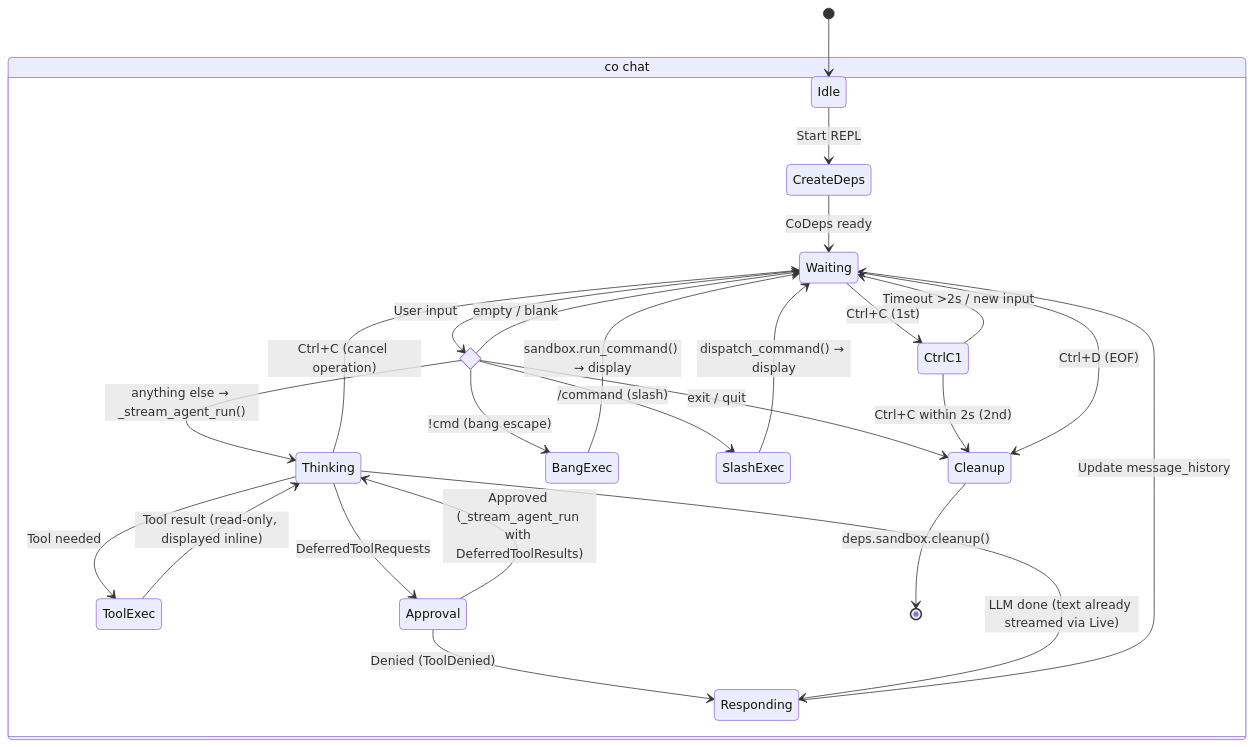
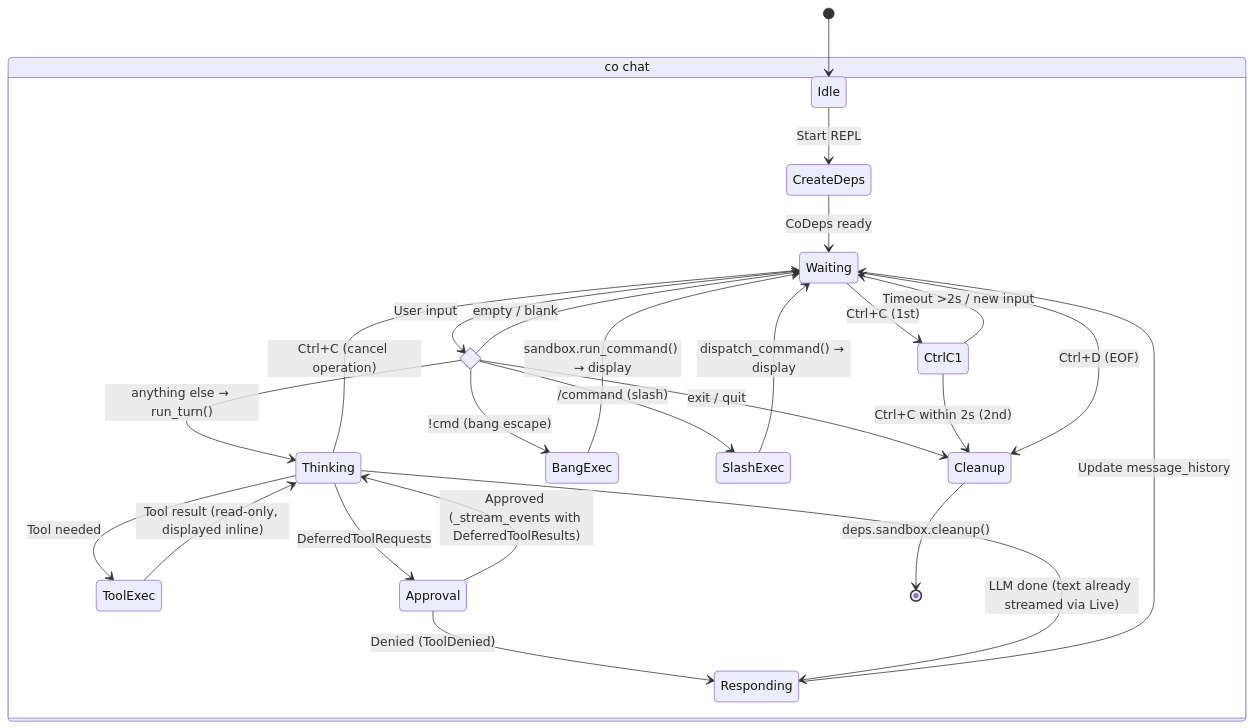
Before and after one commit to binlecode/co-cli: the first of 3 diagrams in docs/DESIGN-02-chat-loop.md, drawn with Mermaid. The commit also changed other lines of this file and 25 other files, not shown here.

First line of the commit message:
Agent tool-call + recursive flow hardening (Phase C+D)

````diff
--- a/docs/DESIGN-02-chat-loop.md
+++ b/docs/DESIGN-02-chat-loop.md
@@ -13,36 +13,36 @@
 ```mermaid
 stateDiagram-v2
     [*] --> Idle
 
     state "co chat" as Chat {
         Idle --> CreateDeps: Start REPL
         CreateDeps --> Waiting: CoDeps ready
 
         state Dispatch <<choice>>
         Waiting --> Dispatch: User input
 
         Dispatch --> Cleanup: exit / quit
         Dispatch --> Waiting: empty / blank
         Dispatch --> BangExec: !cmd (bang escape)
         Dispatch --> SlashExec: /command (slash)
-        Dispatch --> Thinking: anything else → _stream_agent_run()
+        Dispatch --> Thinking: anything else → run_turn()
 
         BangExec --> Waiting: sandbox.run_command() → display
         SlashExec --> Waiting: dispatch_command() → display
 
         Thinking --> ToolExec: Tool needed
         ToolExec --> Thinking: Tool result (read-only, displayed inline)
         Thinking --> Approval: DeferredToolRequests
-        Approval --> Thinking: Approved (_stream_agent_run with DeferredToolResults)
+        Approval --> Thinking: Approved (_stream_events with DeferredToolResults)
         Approval --> Responding: Denied (ToolDenied)
         Thinking --> Responding: LLM done (text already streamed via Live)
         Responding --> Waiting: Update message_history
         Thinking --> Waiting: Ctrl+C (cancel operation)
 
         Waiting --> CtrlC1: Ctrl+C (1st)
         CtrlC1 --> Cleanup: Ctrl+C within 2s (2nd)
         CtrlC1 --> Waiting: Timeout >2s / new input
         Waiting --> Cleanup: Ctrl+D (EOF)
         Cleanup --> [*]: deps.sandbox.cleanup()
     }
 ```
````
